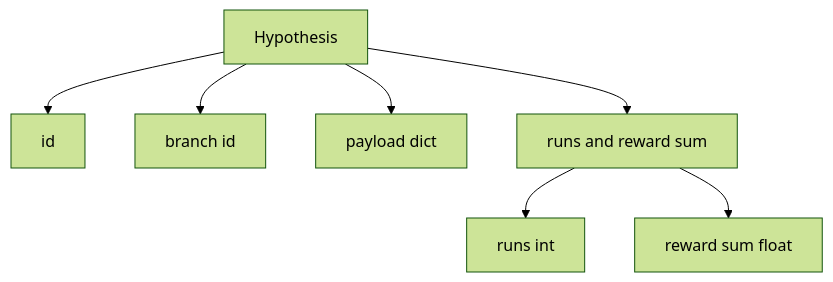
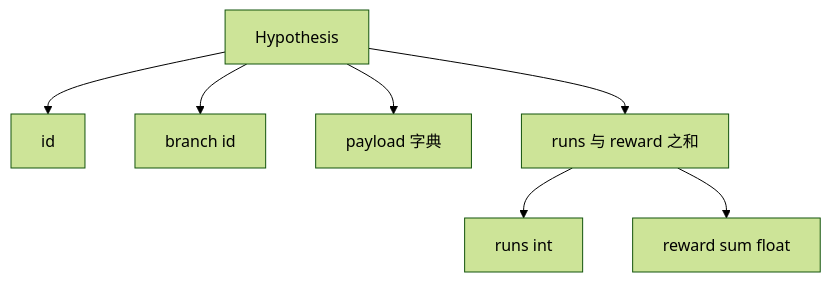
One commit to JerryC8080/ai-engineering-from-scratch-zh changed the second of 3 diagrams in phases/19-capstone-projects/56-iteration-scheduler/docs/zh.md. Above: the diagram before and after it, drawn with Mermaid (forest theme). The commit also changed other lines of this file and 156 other files, not shown here.

First line of the commit message:
i18n(zh): translate mermaid diagram labels in 157 lesson zh.md

````diff
--- a/phases/19-capstone-projects/56-iteration-scheduler/docs/zh.md
+++ b/phases/19-capstone-projects/56-iteration-scheduler/docs/zh.md
@@ -46,9 +46,9 @@
 ```mermaid
 flowchart TB
     Hyp[Hypothesis] --> Id[id]
     Hyp --> Branch[branch id]
-    Hyp --> Payload[payload dict]
-    Hyp --> Stats[runs and reward sum]
+    Hyp --> Payload[payload 字典]
+    Hyp --> Stats[runs 与 reward 之和]
     Stats --> Runs[runs int]
     Stats --> Sum[reward sum float]
 ```
````
